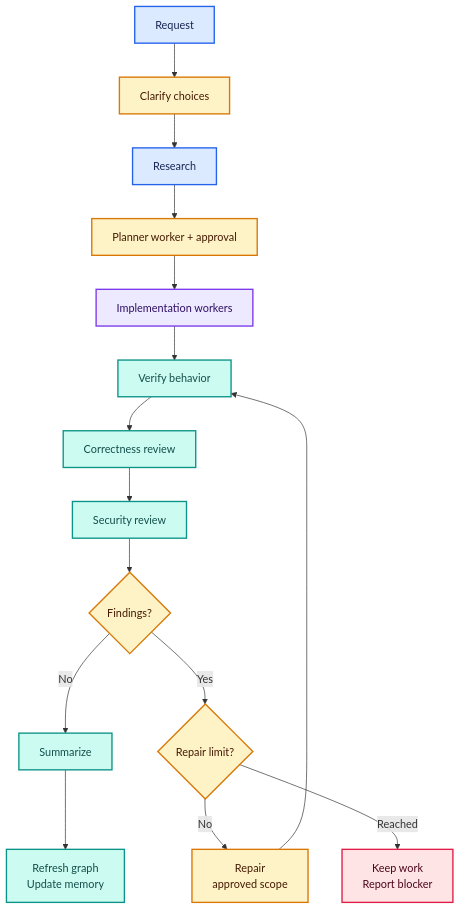
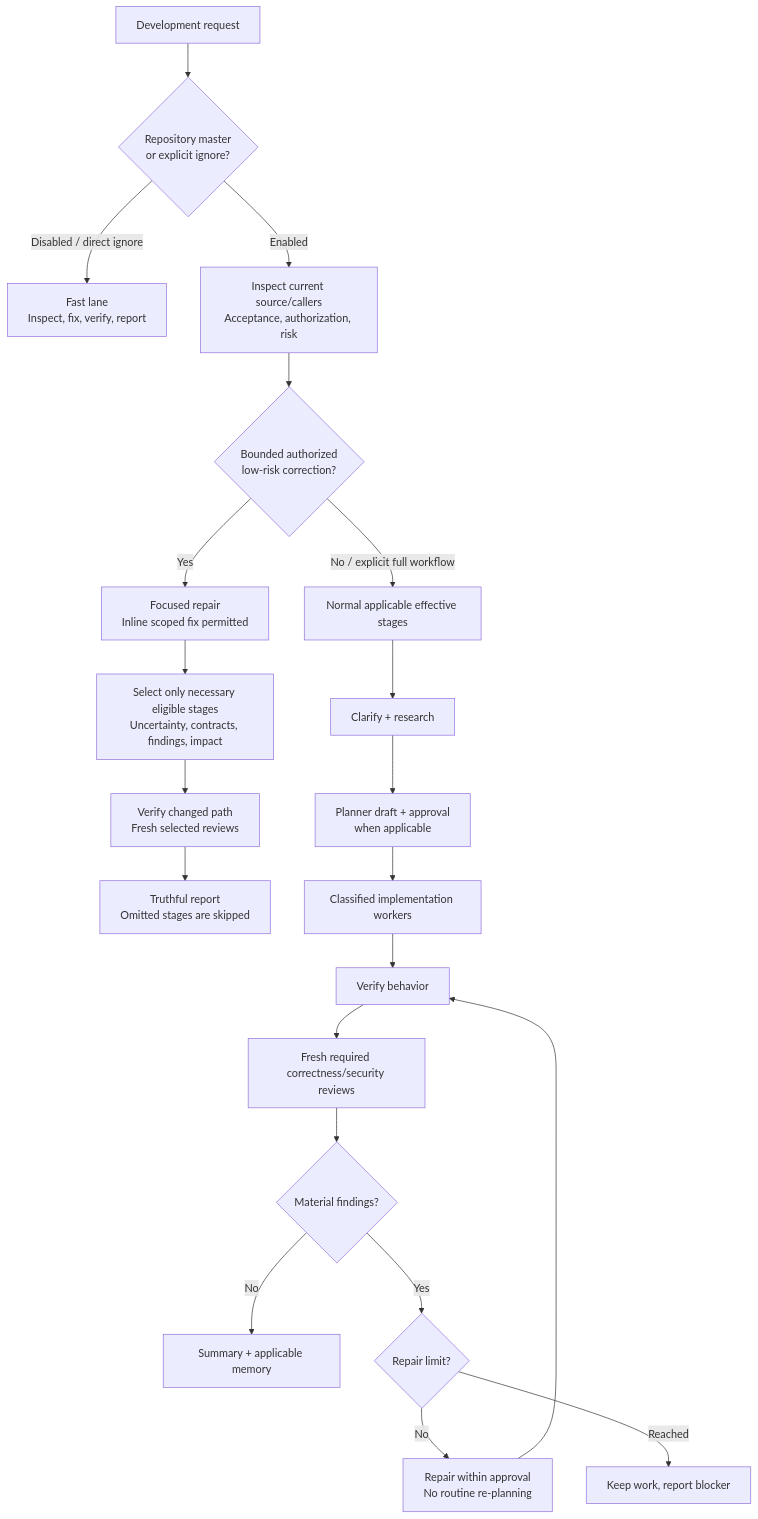
Before and after one commit to MSpiechowicz/harness-useful-skills: the first of 2 diagrams in Readme.MD, drawn with Mermaid. The commit also changed other lines of this file and 29 other files, not shown here.

Commit message:
fix: scope workflow by repository and triage focused repairs (#15)

````diff
--- a/Readme.MD
+++ b/Readme.MD
@@ -79,27 +79,23 @@
 ```mermaid
 flowchart TD
-    request["Request"] --> clarify["Clarify choices"]
-    clarify --> research["Research"]
-    research --> plan["Planner worker + approval"]
-    plan --> implement["Implementation workers"]
+    request["Development request"] --> settings{"Repository master<br/>or explicit ignore?"}
+    settings -->|Disabled / direct ignore| fast["Fast lane<br/>Inspect, fix, verify, report"]
+    settings -->|Enabled| inspect["Inspect current source/callers<br/>Acceptance, authorization, risk"]
+    inspect --> triage{"Bounded authorized<br/>low-risk correction?"}
+    triage -->|Yes| focused["Focused repair<br/>Inline scoped fix permitted"]
+    focused --> extra["Select only necessary eligible stages<br/>Uncertainty, contracts, findings, impact"]
+    extra --> smoke["Verify changed path<br/>Fresh selected reviews"]
+    smoke --> report["Truthful report<br/>Omitted stages are skipped"]
+    triage -->|No / explicit full workflow| normal["Normal applicable effective stages"]
+    normal --> research["Clarify + research"]
+    research --> plan["Planner draft + approval<br/>when applicable"]
+    plan --> implement["Classified implementation workers"]
     implement --> verify["Verify behavior"]
-    verify --> correctness["Correctness review"]
-    correctness --> security["Security review"]
-    security --> outcome{"Findings?"}
-    outcome -->|No| summary["Summarize"]
-    summary --> memory["Refresh graph<br/>Update memory"]
+    verify --> reviews["Fresh required correctness/security reviews"]
+    reviews --> outcome{"Material findings?"}
+    outcome -->|No| finish["Summary + applicable memory"]
     outcome -->|Yes| limit{"Repair limit?"}
-    limit -->|No| repair["Repair<br/>approved scope"]
+    limit -->|No| repair["Repair within approval<br/>No routine re-planning"]
     repair --> verify
-    limit -->|Reached| blocked["Keep work<br/>Report blocker"]
-    classDef blue fill:#dbeafe,stroke:#2563eb,color:#172554,stroke-width:2px;
-    classDef violet fill:#ede9fe,stroke:#7c3aed,color:#2e1065,stroke-width:2px;
-    classDef teal fill:#ccfbf1,stroke:#0d9488,color:#134e4a,stroke-width:2px;
-    classDef amber fill:#fef3c7,stroke:#d97706,color:#451a03,stroke-width:2px;
-    classDef rose fill:#ffe4e6,stroke:#e11d48,color:#4c0519,stroke-width:2px;
-    class request,research blue;
-    class clarify,plan,outcome,limit,repair amber;
-    class implement violet;
-    class verify,correctness,security,summary,memory teal;
-    class blocked rose;
+    limit -->|Reached| blocked["Keep work, report blocker"]
 ```
````
